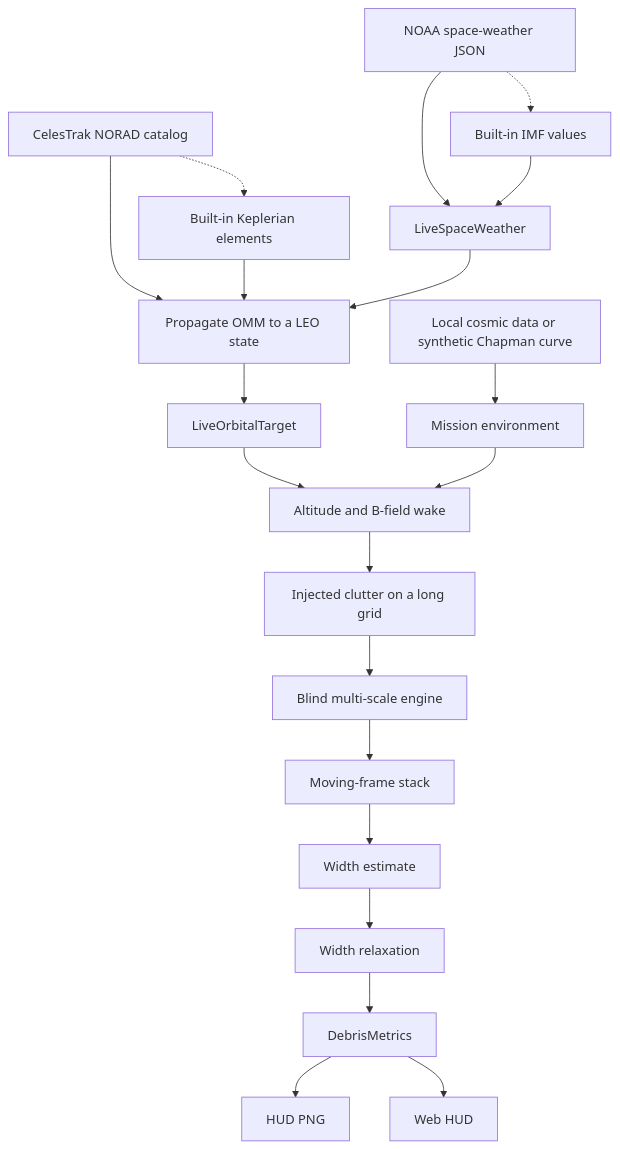
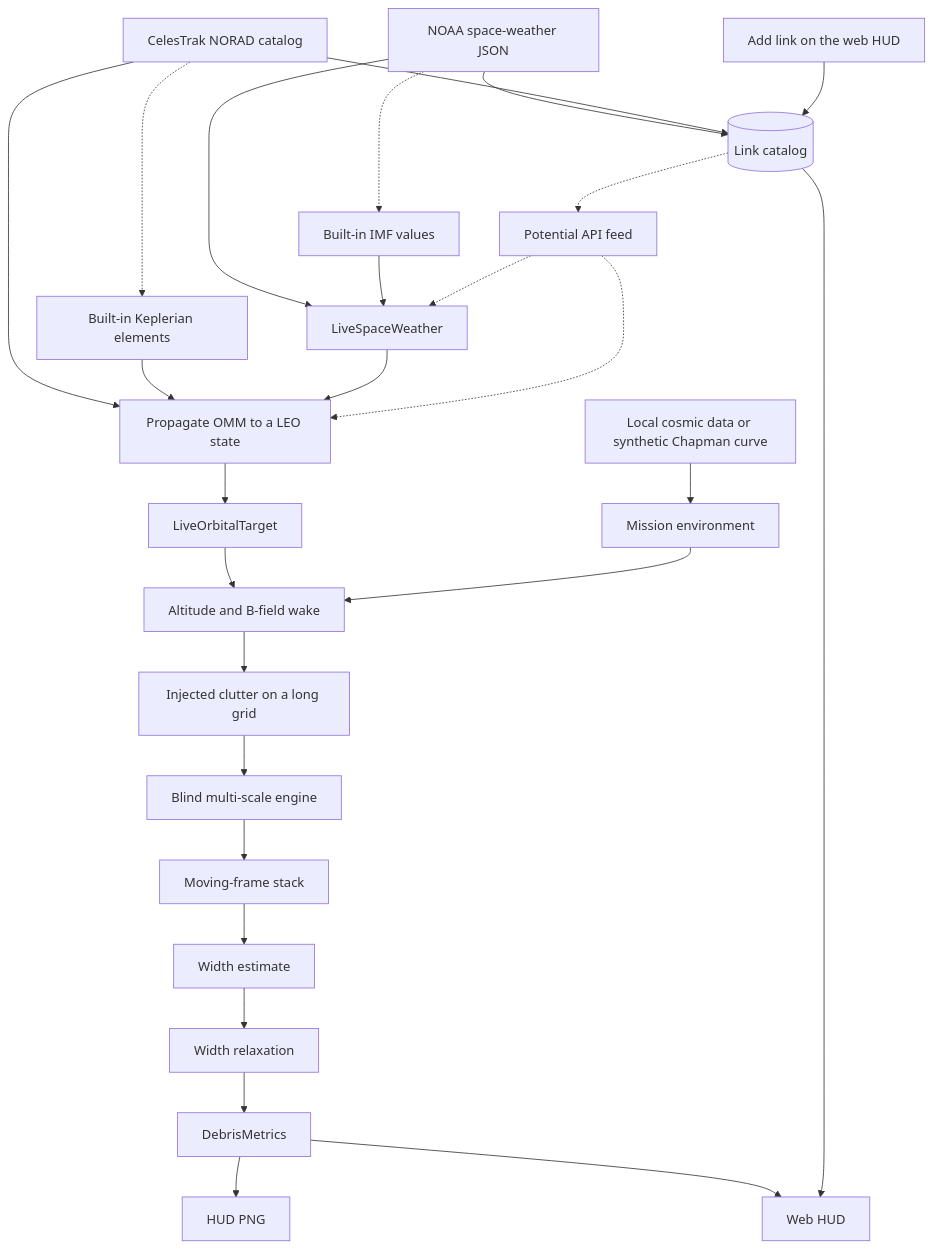
Before and after one commit to code4johnm/sinatra_audit: the diagram in diagrams/overview.mmd, drawn with Mermaid. The commit also changed 21 other files, not shown here.

```diff
--- a/diagrams/overview.mmd
+++ b/diagrams/overview.mmd
@@ -1,39 +1,49 @@
 graph TD
   noaa[NOAA space-weather JSON]
   cele[CelesTrak NORAD catalog]
   cosmic[Local cosmic data or synthetic Chapman curve]
   sw[LiveSpaceWeather]
   swfb[Built-in IMF values]
   prop[Propagate OMM to a LEO state]
   kep[Built-in Keplerian elements]
   tgt[LiveOrbitalTarget]
   env[Mission environment]
   inject[Altitude and B-field wake]
   clutter[Injected clutter on a long grid]
   engine[Blind multi-scale engine]
   stack[Moving-frame stack]
   sigma[Width estimate]
   jko[Width relaxation]
   debris[DebrisMetrics]
   hud[HUD PNG]
   web[Web HUD]
+  add[Add link on the web HUD]
+  catalog[(Link catalog)]
+  potential[Potential API feed]
 
   noaa --> sw
   noaa -.-> swfb
   swfb --> sw
   cele --> prop
   cele -.-> kep
   kep --> prop
   sw --> prop
   prop --> tgt
   cosmic --> env
   tgt --> inject
   env --> inject
   inject --> clutter
   clutter --> engine
   engine --> stack
   stack --> sigma
   sigma --> jko
   jko --> debris
   debris --> hud
   debris --> web
+  noaa --> catalog
+  cele --> catalog
+  add --> catalog
+  catalog --> web
+  catalog -.-> potential
+  potential -.-> sw
+  potential -.-> prop
```
